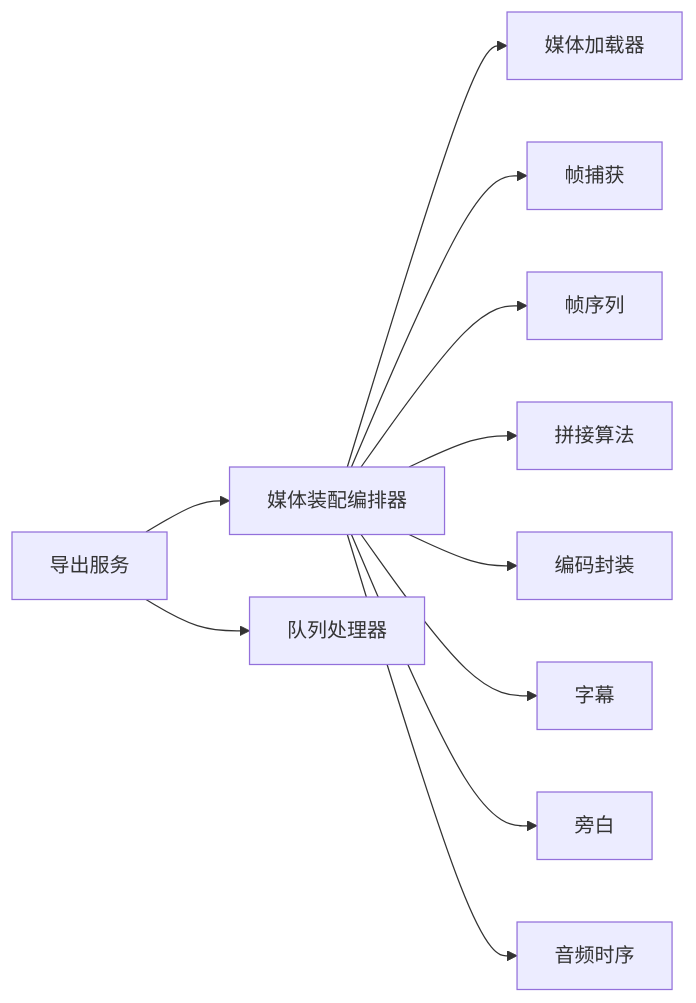
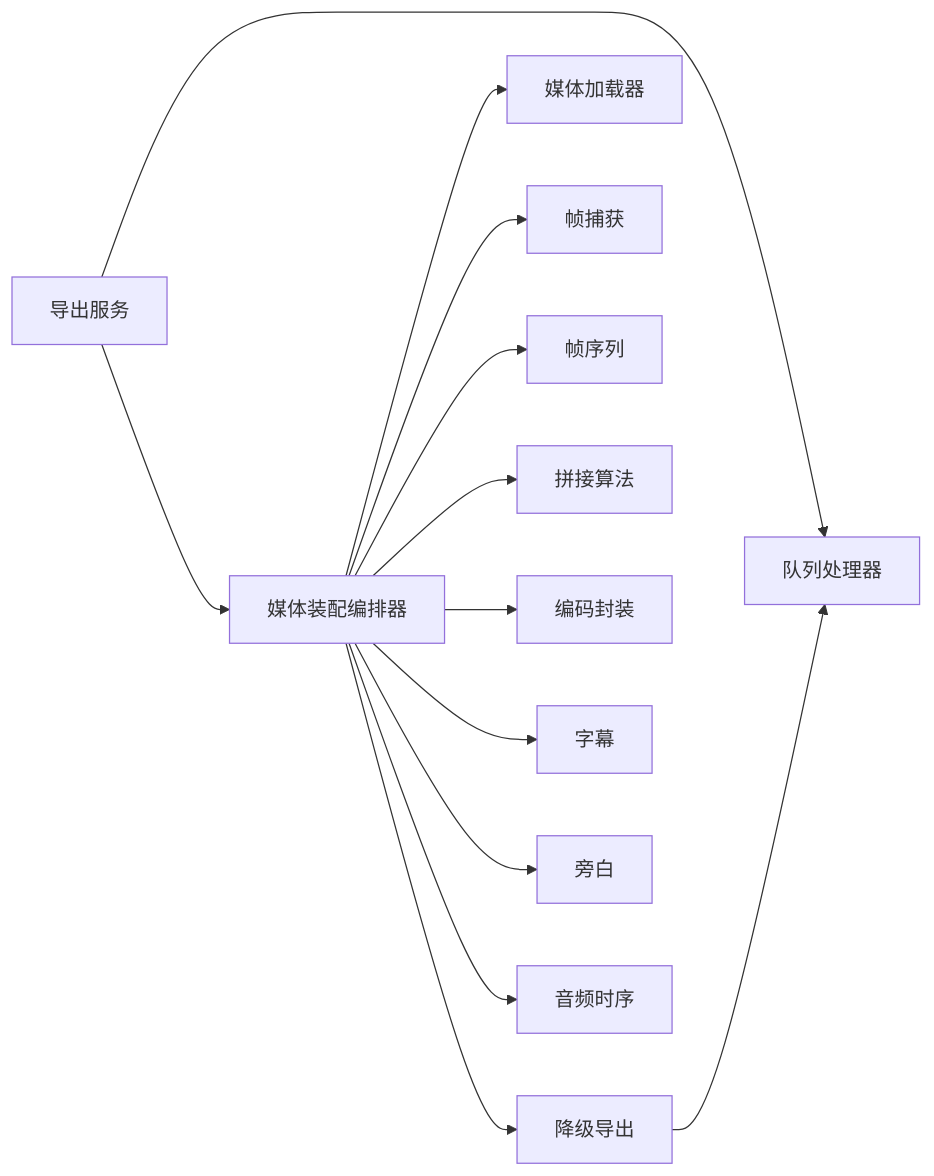
Before and after one commit to scottcwy/PurpleInk: the sixth of 6 diagrams in .qoder/repowiki/zh/content/渲染引擎/渲染流水线/媒体组装引擎.md, drawn with Mermaid. The commit also changed other lines of this file and 109 other files, not shown here.

````diff
--- a/.qoder/repowiki/zh/content/渲染引擎/渲染流水线/媒体组装引擎.md
+++ b/.qoder/repowiki/zh/content/渲染引擎/渲染流水线/媒体组装引擎.md
@@ -321,13 +402,15 @@
 ```mermaid
 graph LR
 Asm["媒体装配编排器"] --> Loader["媒体加载器"]
 Asm --> FrameCap["帧捕获"]
 Asm --> FrameSeq["帧序列"]
 Asm --> Concat["拼接算法"]
 Asm --> Encode["编码封装"]
 Asm --> Sub["字幕"]
 Asm --> Narr["旁白"]
 Asm --> AudioTim["音频时序"]
+Asm --> Degraded["降级导出"]
 Export["导出服务"] --> Queue["队列处理器"]
 Export --> Asm
+Degraded --> Queue
 ```
````
